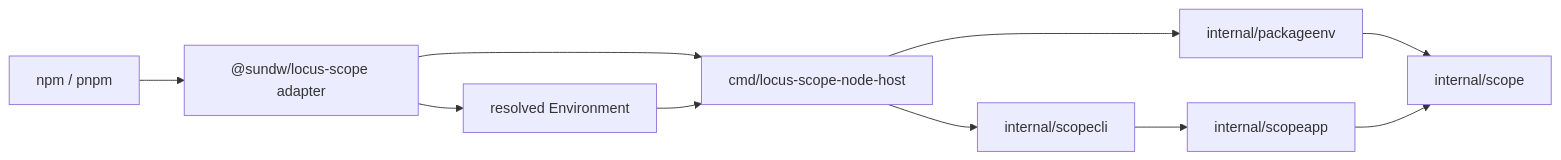
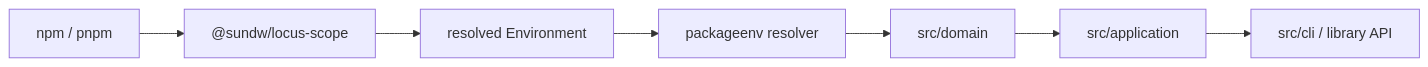
Before and after one commit to SWdrift/locus-scope: the diagram in documents/current-architecture.md, drawn with Mermaid. The commit also changed other lines of this file and 111 other files, not shown here.

````diff
--- a/documents/current-architecture.md
+++ b/documents/current-architecture.md
@@ -42,12 +35,9 @@
 ```mermaid
 flowchart LR
-    PM[npm / pnpm] --> JS["@sundw/locus-scope adapter"]
-    JS --> H[cmd/locus-scope-node-host]
-    JS --> PE[resolved Environment]
-    PE --> H
-    H --> ENV[internal/packageenv]
-    H --> CLI[internal/scopecli]
-    CLI --> APP[internal/scopeapp]
-    ENV --> S[internal/scope]
-    APP --> S
+    PM[npm / pnpm] --> JS["@sundw/locus-scope"]
+    JS --> PE["resolved Environment"]
+    PE --> ENV["packageenv resolver"]
+    ENV --> DOMAIN["src/domain"]
+    DOMAIN --> APP["src/application"]
+    APP --> CLI["src/cli / library API"]
 ```
````
